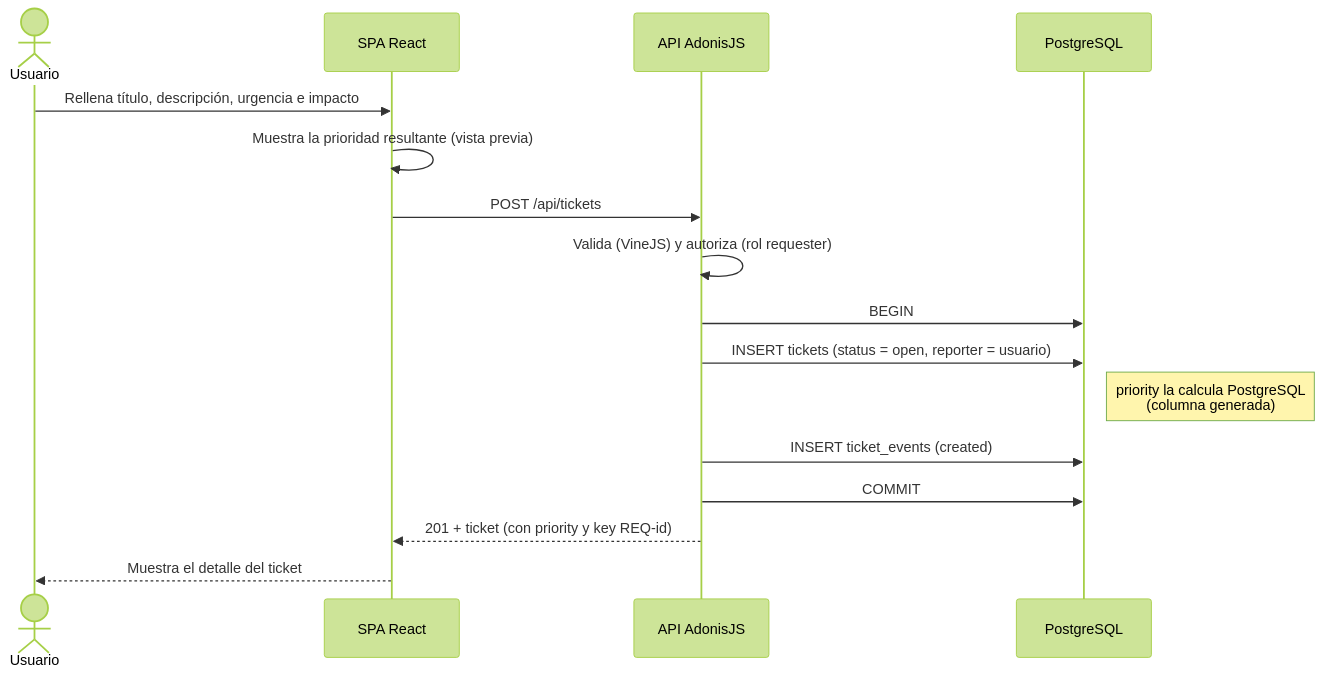
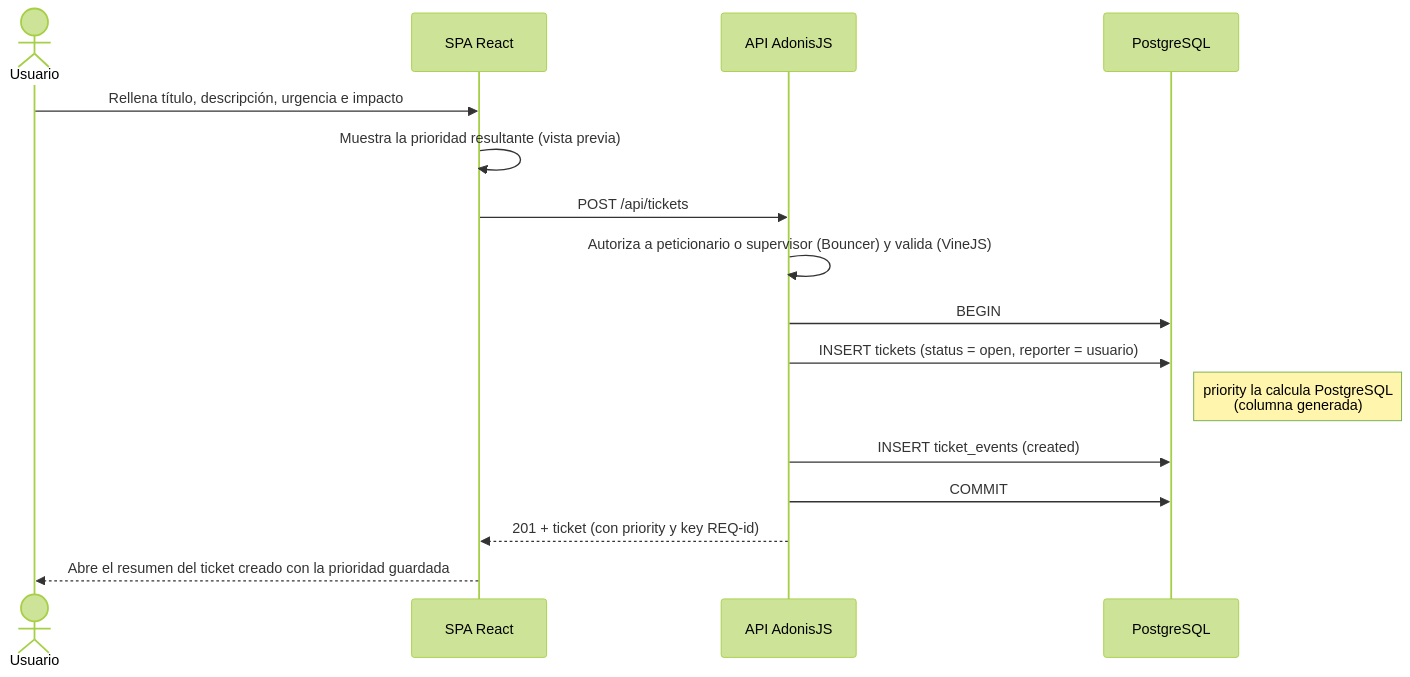
The seventh of 11 diagrams in ARQUITECTURA.md (pedrolaralara/AI4Devs-finalproject), drawn with Mermaid (forest theme) before and after one commit. The commit also changed other lines of this file and 14 other files, not shown here.

````diff
--- a/ARQUITECTURA.md
+++ b/ARQUITECTURA.md
@@ -294,19 +294,19 @@
 ```mermaid
 sequenceDiagram
     actor U as Usuario
     participant SPA as SPA React
     participant API as API AdonisJS
     participant DB as PostgreSQL
 
     U->>SPA: Rellena título, descripción, urgencia e impacto
     SPA->>SPA: Muestra la prioridad resultante (vista previa)
     SPA->>API: POST /api/tickets
-    API->>API: Valida (VineJS) y autoriza (rol requester)
+    API->>API: Autoriza a peticionario o supervisor (Bouncer) y valida (VineJS)
     API->>DB: BEGIN
     API->>DB: INSERT tickets (status = open, reporter = usuario)
     Note right of DB: priority la calcula PostgreSQL<br/>(columna generada)
     API->>DB: INSERT ticket_events (created)
     API->>DB: COMMIT
     API-->>SPA: 201 + ticket (con priority y key REQ-id)
-    SPA-->>U: Muestra el detalle del ticket
+    SPA-->>U: Abre el resumen del ticket creado con la prioridad guardada
 ```
````
